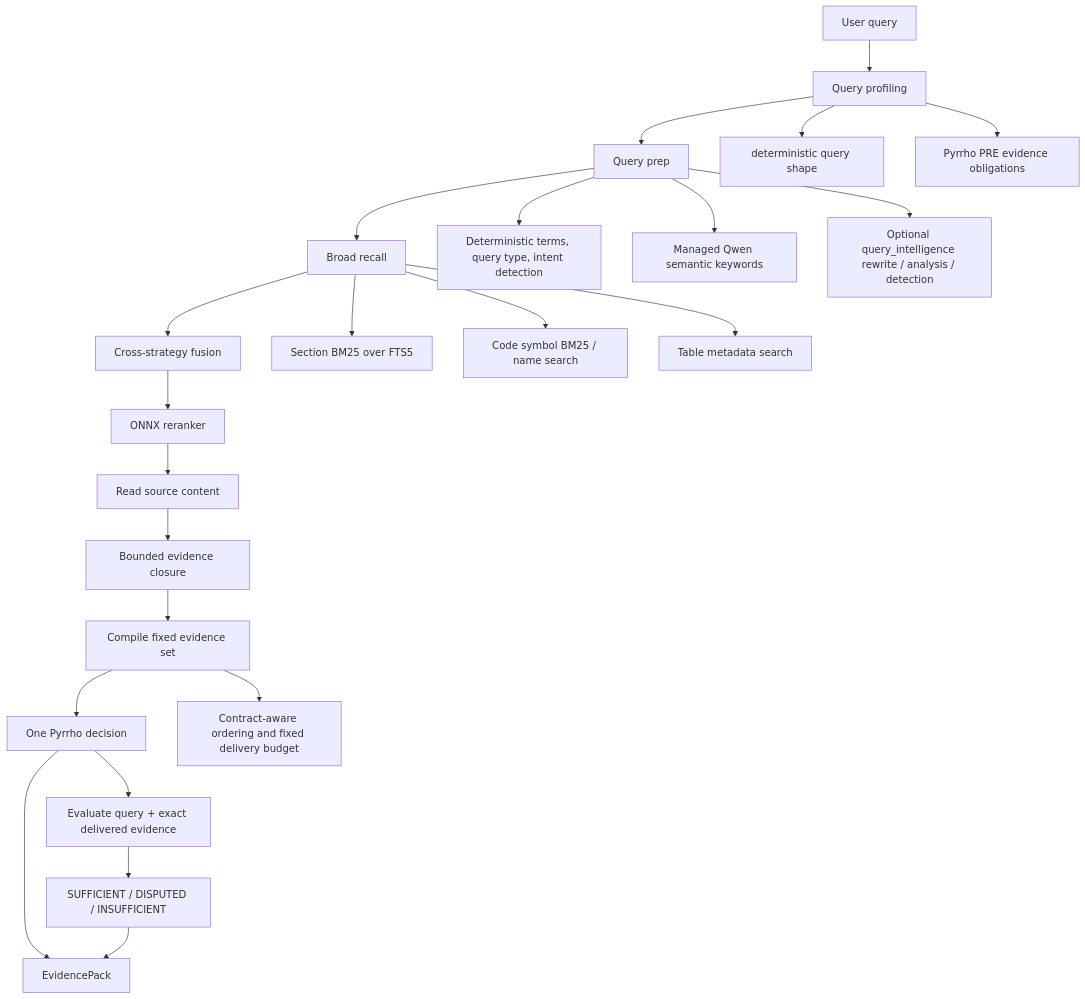
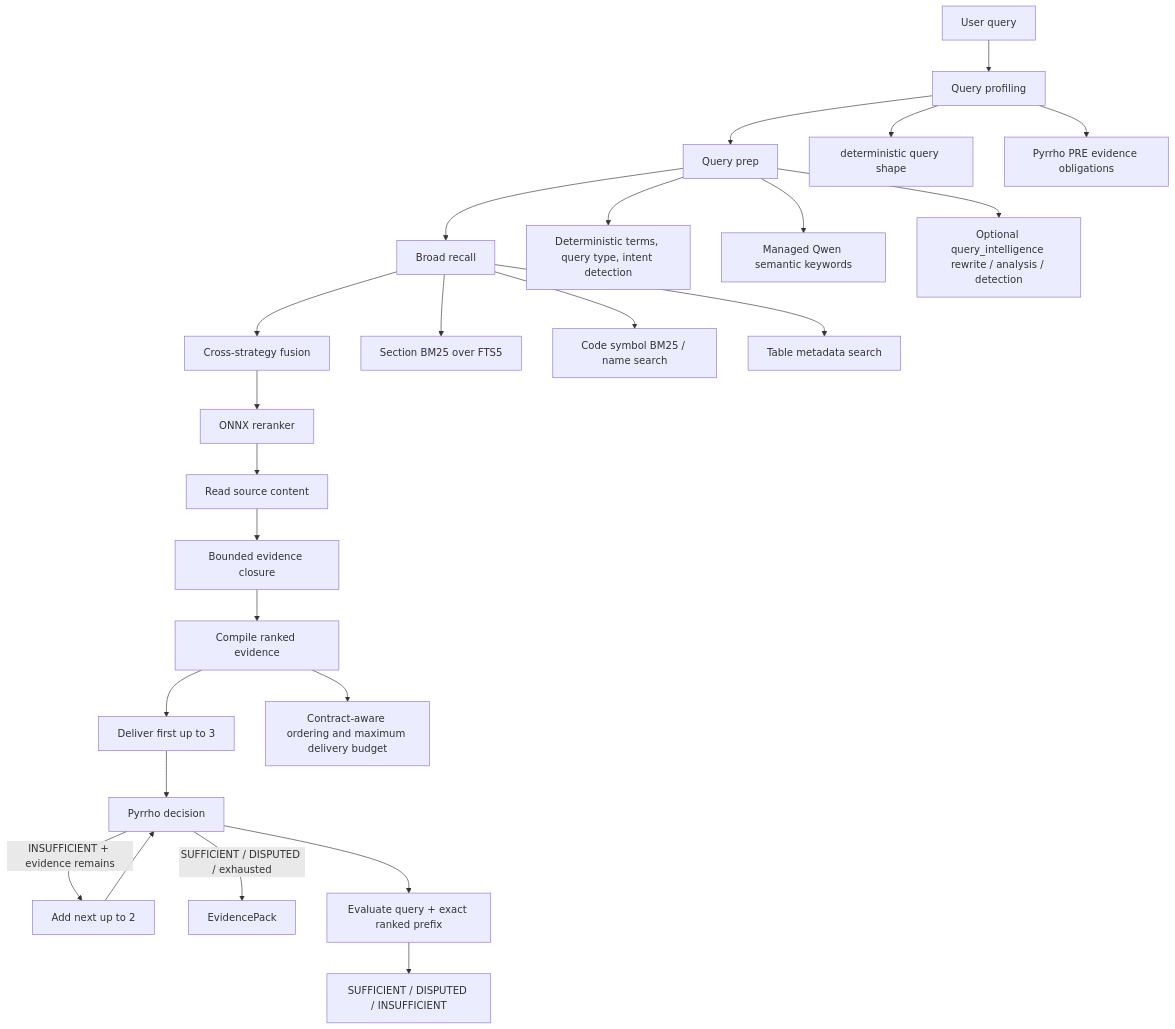
Before and after one commit to yafitzdev/fitz: the second of 4 diagrams in docs/RETRIEVAL_PIPELINE.md, drawn with Mermaid. The commit also changed other lines of this file and 30 other files, not shown here.

Commit message:
fix: restore progressive Pyrrho evidence delivery

````diff
--- a/docs/RETRIEVAL_PIPELINE.md
+++ b/docs/RETRIEVAL_PIPELINE.md
@@ -65,29 +65,31 @@
 ```mermaid
 flowchart TD
     Q["User query"] --> C["Query profiling"]
     C --> P["Query prep"]
     P --> R["Broad recall"]
     R --> X["Cross-strategy fusion"]
     X --> K["ONNX reranker"]
     K --> D["Read source content"]
     D --> B["Bounded evidence closure"]
-    B --> F["Compile fixed evidence set"]
-    F --> G["One Pyrrho decision"]
-    G --> E["EvidencePack"]
+    B --> F["Compile ranked evidence"]
+    F --> V["Deliver first up to 3"]
+    V --> G["Pyrrho decision"]
+    G -->|"INSUFFICIENT + evidence remains"| H["Add next up to 2"]
+    H --> G
+    G -->|"SUFFICIENT / DISPUTED / exhausted"| E["EvidencePack"]
 
     C --> C1["deterministic query shape"]
     C --> C2["Pyrrho PRE evidence obligations"]
 
     P --> P1["Deterministic terms, query type, intent detection"]
     P --> P2["Managed Qwen semantic keywords"]
     P --> P3["Optional query_intelligence rewrite / analysis / detection"]
 
     R --> R1["Section BM25 over FTS5"]
     R --> R2["Code symbol BM25 / name search"]
     R --> R3["Table metadata search"]
 
-    F --> F1["Contract-aware ordering and fixed delivery budget"]
-    G --> G1["Evaluate query + exact delivered evidence"]
+    F --> F1["Contract-aware ordering and maximum delivery budget"]
+    G --> G1["Evaluate query + exact ranked prefix"]
     G1 --> G2["SUFFICIENT / DISPUTED / INSUFFICIENT"]
-    G2 --> E
 ```
````
